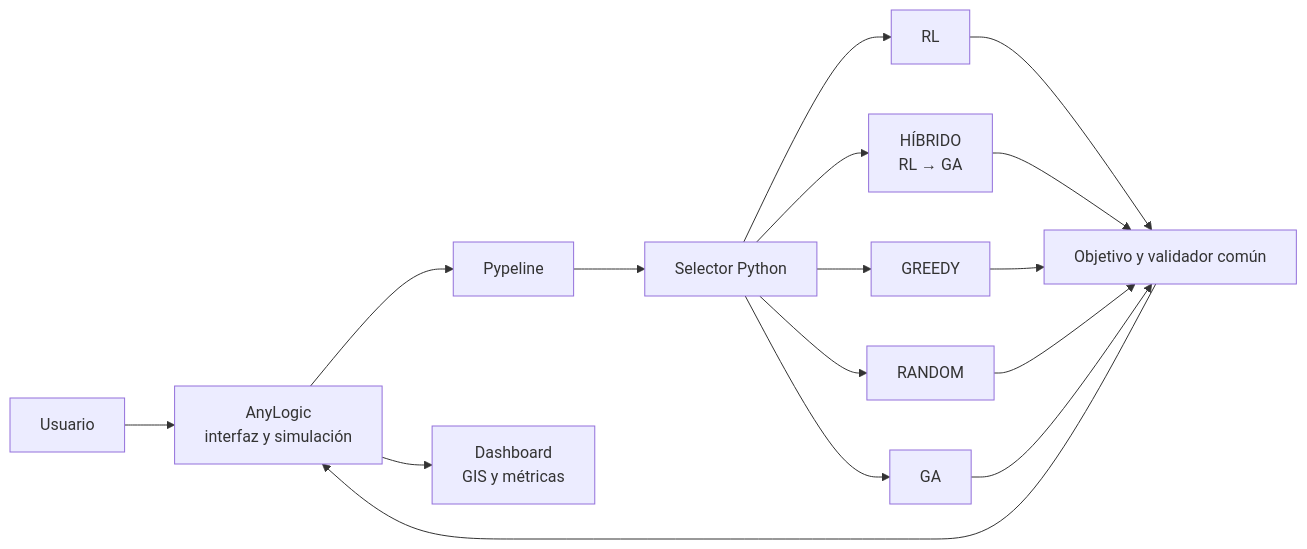
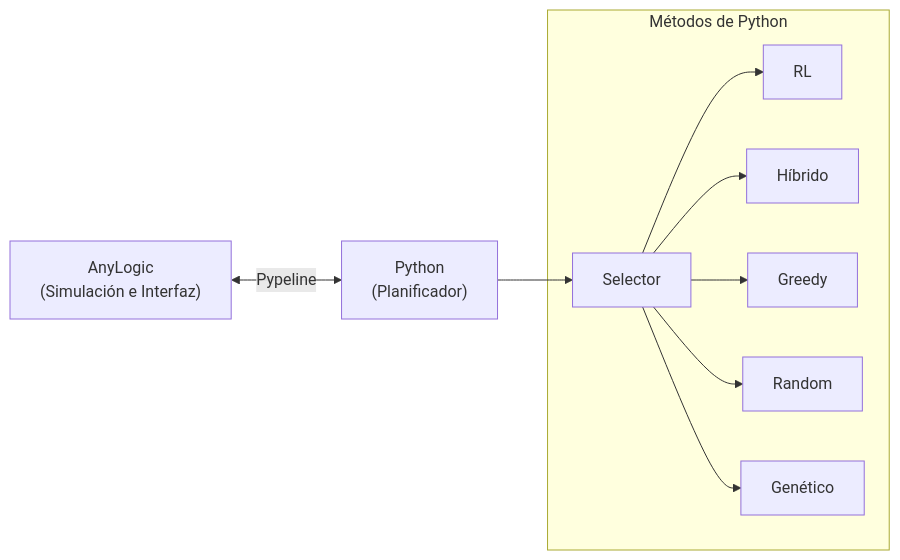
The diagram in README.md (Frasquito3/PedemonteDigitalTwin_v2), drawn with Mermaid before and after one commit. The commit also changed other lines of this file and 7 other files, not shown here.

````diff
--- a/README.md
+++ b/README.md
@@ -92,21 +40,13 @@
 ```mermaid
 flowchart LR
-    U["Usuario"] --> A["AnyLogic<br/>interfaz y simulación"]
-    A --> P["Pypeline"]
-    P --> S["Selector Python"]
-
-    S --> RL["RL"]
-    S --> H["HÍBRIDO<br/>RL → GA"]
-    S --> G["GREEDY"]
-    S --> R["RANDOM"]
-    S --> GA["GA"]
-
-    RL --> O["Objetivo y validador común"]
-    H --> O
-    G --> O
-    R --> O
-    GA --> O
-
-    O --> A
-    A --> D["Dashboard<br/>GIS y métricas"]
+    A["AnyLogic<br>(Simulación e Interfaz)"] <-->|Pypeline| P["Python<br>(Planificador)"]
+    
+    subgraph Métodos de Python
+        S["Selector"] --> RL["RL"]
+        S --> H["Híbrido"]
+        S --> G["Greedy"]
+        S --> R["Random"]
+        S --> GA["Genético"]
+    end
+    P --> S
 ```
````
